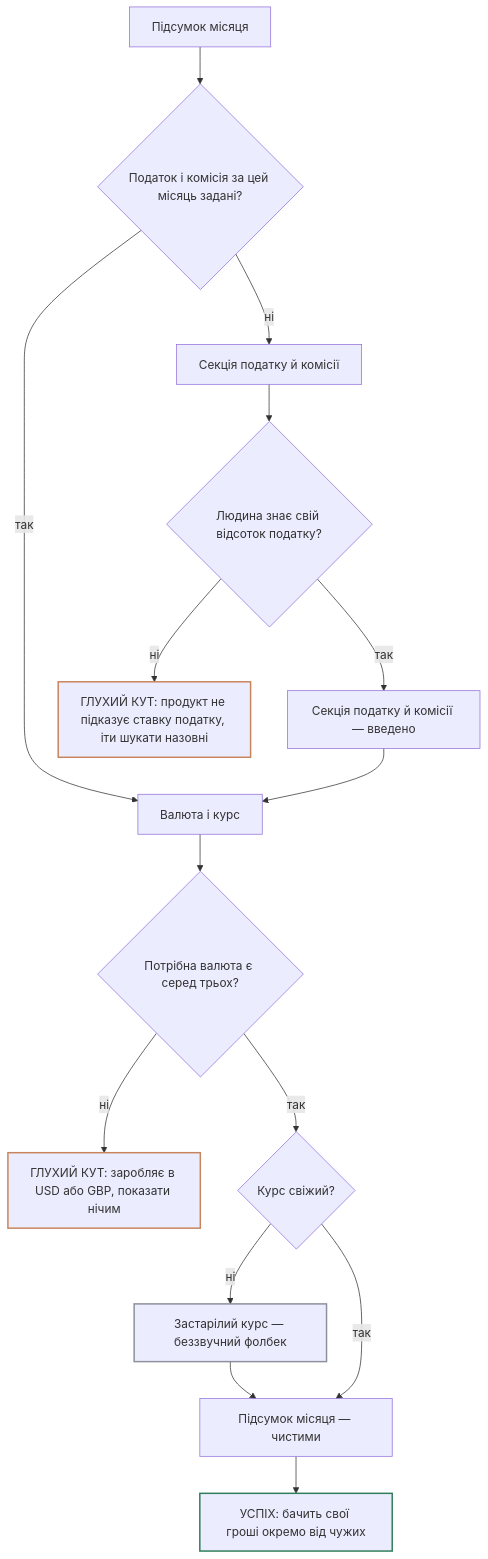
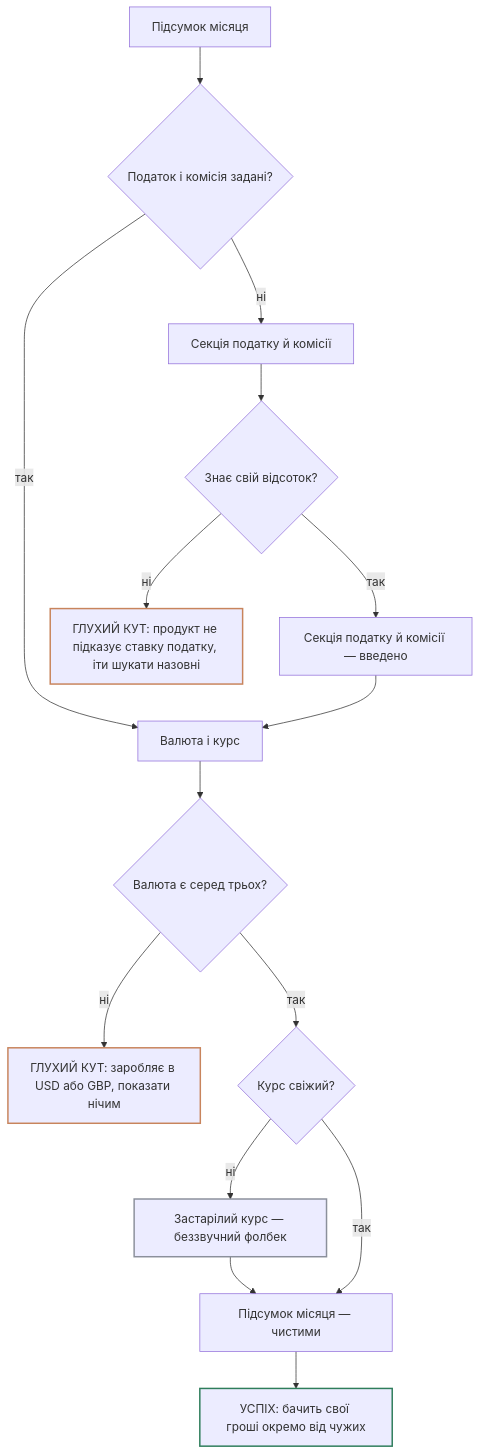
The third of 4 diagrams in product/structure.md (illiatverdun/prodrec), drawn with Mermaid before and after one commit. The commit also changed other lines of this file and 3 other files, not shown here.

````diff
--- a/product/structure.md
+++ b/product/structure.md
@@ -393,26 +393,26 @@
 ```mermaid
 flowchart TD
-    A["Підсумок місяця"] --> B{"Податок і комісія за цей місяць задані?"}
+    A["Підсумок місяця"] --> B{"Податок і комісія задані?"}
     B -->|так| G["Валюта і курс"]
     B -->|ні| C["Секція податку й комісії"]
 
-    C --> D{"Людина знає свій відсоток податку?"}
+    C --> D{"Знає свій відсоток?"}
     D -->|ні| Z1["ГЛУХИЙ КУТ: продукт не підказує ставку податку, іти шукати назовні"]
     D -->|так| E["Секція податку й комісії — введено"]
     E --> G
 
-    G --> H{"Потрібна валюта є серед трьох?"}
+    G --> H{"Валюта є серед трьох?"}
     H -->|ні| Z2["ГЛУХИЙ КУТ: заробляє в USD або GBP, показати нічим"]
     H -->|так| I{"Курс свіжий?"}
     I -->|ні| J["Застарілий курс — беззвучний фолбек"]
     I -->|так| K["Підсумок місяця — чистими"]
     J --> K
     K --> S1["УСПІХ: бачить свої гроші окремо від чужих"]
 
     classDef ok stroke:#2e7d5b,stroke-width:2px;
     classDef bad stroke:#c8845c,stroke-width:2px;
     classDef wait stroke:#8b909b,stroke-width:2px;
     class S1 ok;
     class Z1,Z2 bad;
     class J wait;
 ```
````
